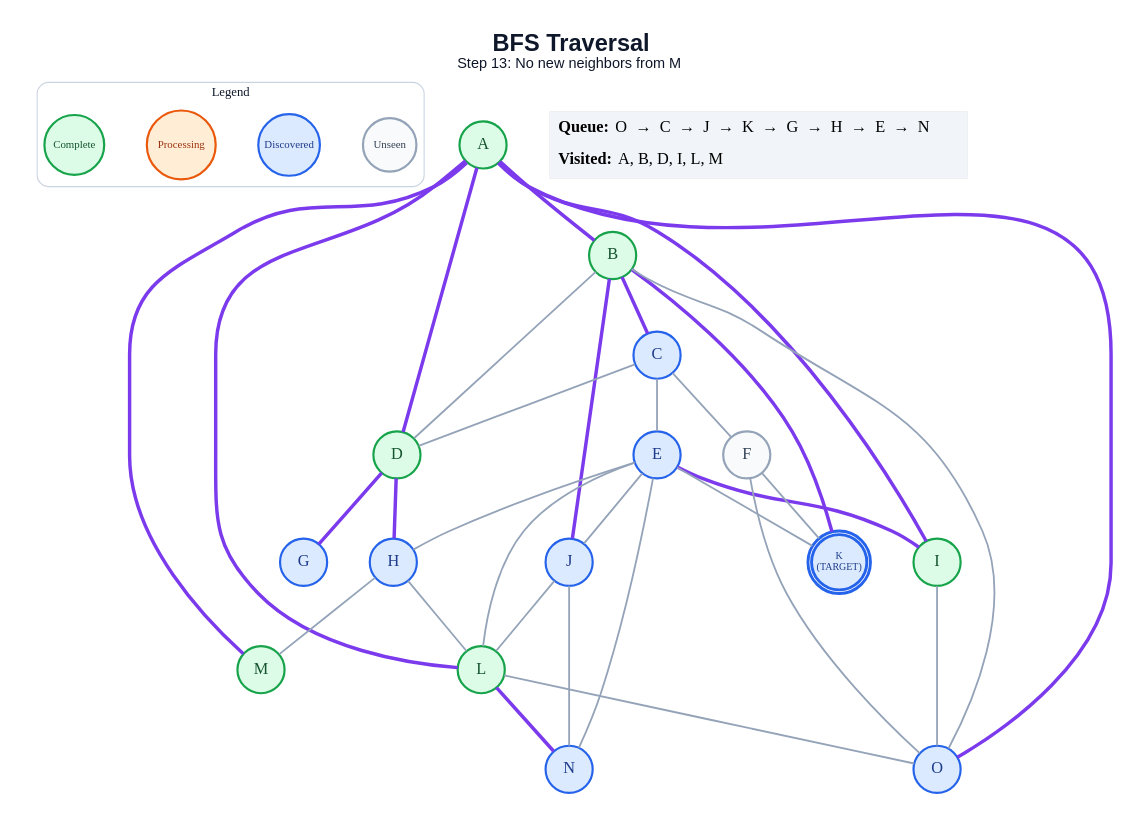
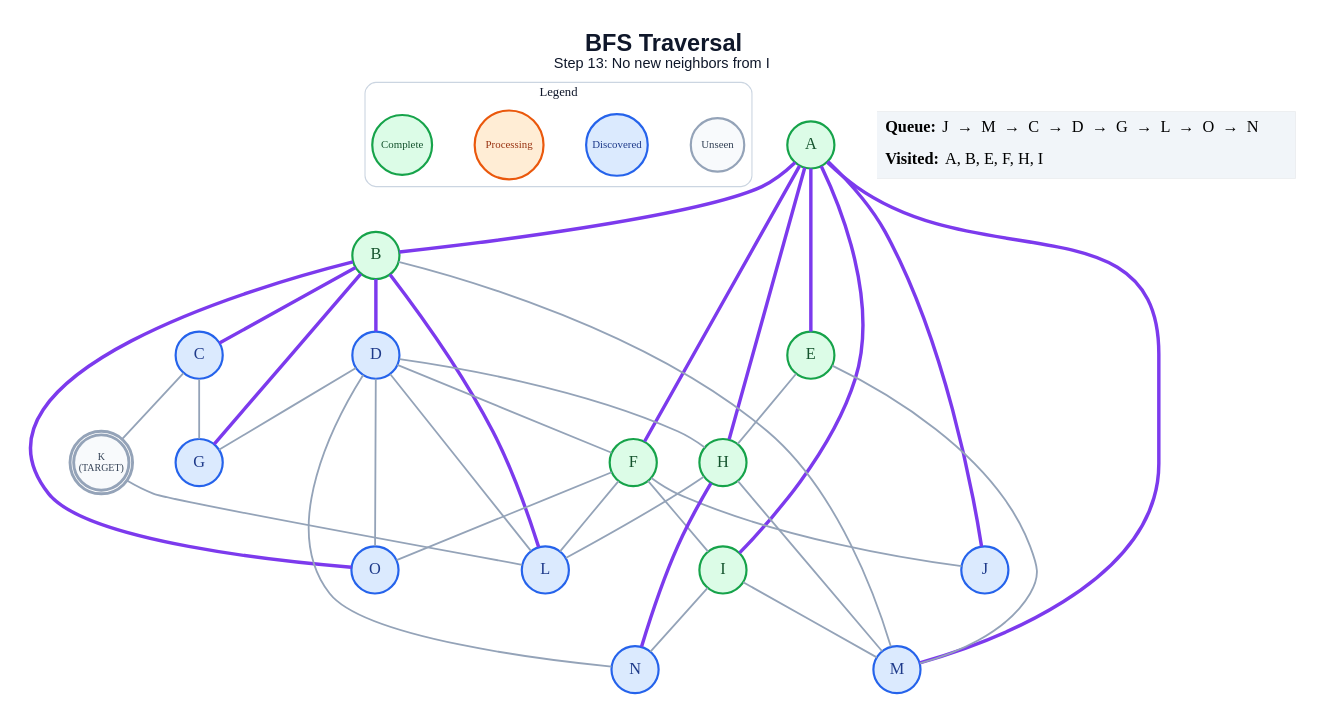
The diagram in generated/specific-node/bfs/step_13.dot (anon7238593-create/ai-slop), drawn with Graphviz before and after one commit. The commit also changed 267 other files, not shown here.

```diff
--- a/generated/specific-node/bfs/step_13.dot
+++ b/generated/specific-node/bfs/step_13.dot
@@ -1,65 +1,67 @@
 graph traversal {
   graph [layout=dot, rankdir=TB, bgcolor="#FFFFFF", pad="0.35", nodesep="0.65", ranksep="0.8", fontname="Arial"];
   node [shape=circle, style="filled", fontname="Arial Bold", fontsize=18, width=0.72, fixedsize=true, penwidth=2.4];
   edge [color="#94A3B8", penwidth=2.0];
-  label=<<B>BFS Traversal</B><BR/><FONT POINT-SIZE="16">Step 13: No new neighbors from M</FONT>>; labelloc="t"; fontsize=26; fontname="Arial"; fontcolor="#0F172A";
+  label=<<B>BFS Traversal</B><BR/><FONT POINT-SIZE="16">Step 13: No new neighbors from I</FONT>>; labelloc="t"; fontsize=26; fontname="Arial"; fontcolor="#0F172A";
   subgraph cluster_legend { label="Legend"; color="#CBD5E1"; penwidth=1.2; style="rounded"; fontsize=14; fontname="Arial Bold";
     key_unseen [label="Unseen", fillcolor="#F8FAFC", color="#94A3B8", fontcolor="#334155", fontsize=12, width=0.82];
     key_frontier [label="Discovered", fillcolor="#DBEAFE", color="#2563EB", fontcolor="#1E3A8A", fontsize=12, width=0.95];
     key_current [label="Processing", fillcolor="#FFEDD5", color="#EA580C", fontcolor="#9A3412", fontsize=12, width=1.05];
     key_done [label="Complete", fillcolor="#DCFCE7", color="#16A34A", fontcolor="#14532D", fontsize=12, width=0.92];
     { rank=same; key_unseen; key_frontier; key_current; key_done; }
   }
   A [label="A", fillcolor="#DCFCE7", color="#16A34A", fontcolor="#14532D", peripheries=1, penwidth=2.4];
   B [label="B", fillcolor="#DCFCE7", color="#16A34A", fontcolor="#14532D", peripheries=1, penwidth=2.4];
   C [label="C", fillcolor="#DBEAFE", color="#2563EB", fontcolor="#1E3A8A", peripheries=1, penwidth=2.4];
-  D [label="D", fillcolor="#DCFCE7", color="#16A34A", fontcolor="#14532D", peripheries=1, penwidth=2.4];
-  E [label="E", fillcolor="#DBEAFE", color="#2563EB", fontcolor="#1E3A8A", peripheries=1, penwidth=2.4];
-  F [label="F", fillcolor="#F8FAFC", color="#94A3B8", fontcolor="#334155", peripheries=1, penwidth=2.4];
+  D [label="D", fillcolor="#DBEAFE", color="#2563EB", fontcolor="#1E3A8A", peripheries=1, penwidth=2.4];
+  E [label="E", fillcolor="#DCFCE7", color="#16A34A", fontcolor="#14532D", peripheries=1, penwidth=2.4];
+  F [label="F", fillcolor="#DCFCE7", color="#16A34A", fontcolor="#14532D", peripheries=1, penwidth=2.4];
   G [label="G", fillcolor="#DBEAFE", color="#2563EB", fontcolor="#1E3A8A", peripheries=1, penwidth=2.4];
-  H [label="H", fillcolor="#DBEAFE", color="#2563EB", fontcolor="#1E3A8A", peripheries=1, penwidth=2.4];
+  H [label="H", fillcolor="#DCFCE7", color="#16A34A", fontcolor="#14532D", peripheries=1, penwidth=2.4];
   I [label="I", fillcolor="#DCFCE7", color="#16A34A", fontcolor="#14532D", peripheries=1, penwidth=2.4];
   J [label="J", fillcolor="#DBEAFE", color="#2563EB", fontcolor="#1E3A8A", peripheries=1, penwidth=2.4];
-  K [label="K\n(TARGET)", fillcolor="#DBEAFE", color="#2563EB", fontcolor="#1E3A8A", peripheries=2, penwidth=3.2, fontsize=11, width=0.85, height=0.85];
-  L [label="L", fillcolor="#DCFCE7", color="#16A34A", fontcolor="#14532D", peripheries=1, penwidth=2.4];
-  M [label="M", fillcolor="#DCFCE7", color="#16A34A", fontcolor="#14532D", peripheries=1, penwidth=2.4];
+  K [label="K\n(TARGET)", fillcolor="#F8FAFC", color="#94A3B8", fontcolor="#334155", peripheries=2, penwidth=3.2, fontsize=11, width=0.85, height=0.85];
+  L [label="L", fillcolor="#DBEAFE", color="#2563EB", fontcolor="#1E3A8A", peripheries=1, penwidth=2.4];
+  M [label="M", fillcolor="#DBEAFE", color="#2563EB", fontcolor="#1E3A8A", peripheries=1, penwidth=2.4];
   N [label="N", fillcolor="#DBEAFE", color="#2563EB", fontcolor="#1E3A8A", peripheries=1, penwidth=2.4];
   O [label="O", fillcolor="#DBEAFE", color="#2563EB", fontcolor="#1E3A8A", peripheries=1, penwidth=2.4];
   A -- B [color="#7C3AED", penwidth=3.8];
-  A -- D [color="#7C3AED", penwidth=3.8];
+  A -- E [color="#7C3AED", penwidth=3.8];
+  A -- F [color="#7C3AED", penwidth=3.8];
+  A -- H [color="#7C3AED", penwidth=3.8];
   A -- I [color="#7C3AED", penwidth=3.8];
-  A -- L [color="#7C3AED", penwidth=3.8];
+  A -- J [color="#7C3AED", penwidth=3.8];
   A -- M [color="#7C3AED", penwidth=3.8];
-  A -- O [color="#7C3AED", penwidth=3.8];
   B -- C [color="#7C3AED", penwidth=3.8];
-  B -- D;
-  B -- J [color="#7C3AED", penwidth=3.8];
-  B -- K [color="#7C3AED", penwidth=3.8];
-  B -- O;
-  C -- D;
-  C -- E;
-  C -- F;
-  D -- G [color="#7C3AED", penwidth=3.8];
-  D -- H [color="#7C3AED", penwidth=3.8];
+  B -- D [color="#7C3AED", penwidth=3.8];
+  B -- G [color="#7C3AED", penwidth=3.8];
+  B -- L [color="#7C3AED", penwidth=3.8];
+  B -- M;
+  B -- O [color="#7C3AED", penwidth=3.8];
+  C -- G;
+  C -- K;
+  D -- F;
+  D -- G;
+  D -- H;
+  D -- L;
+  D -- N;
+  D -- O;
   E -- H;
-  E -- I [color="#7C3AED", penwidth=3.8];
-  E -- J;
-  E -- K;
-  E -- L;
-  E -- N;
-  F -- K;
+  E -- M;
+  F -- I;
+  F -- J;
+  F -- L;
   F -- O;
   H -- L;
   H -- M;
-  I -- O;
-  J -- L;
-  J -- N;
-  L -- N [color="#7C3AED", penwidth=3.8];
-  L -- O;
+  H -- N [color="#7C3AED", penwidth=3.8];
+  I -- M;
+  I -- N;
+  K -- L;
   status [shape=plain, fixedsize=false, width=0, height=0, margin=0, label=<
     <TABLE BORDER="0" CELLBORDER="0" CELLPADDING="7" BGCOLOR="#F1F5F9">
-      <TR><TD ALIGN="LEFT"><B>Queue:</B> O  →  C  →  J  →  K  →  G  →  H  →  E  →  N</TD></TR>
-      <TR><TD ALIGN="LEFT"><B>Visited:</B> A, B, D, I, L, M</TD></TR>
+      <TR><TD ALIGN="LEFT"><B>Queue:</B> J  →  M  →  C  →  D  →  G  →  L  →  O  →  N</TD></TR>
+      <TR><TD ALIGN="LEFT"><B>Visited:</B> A, B, E, F, H, I</TD></TR>
     </TABLE>
   >];
 }
```
